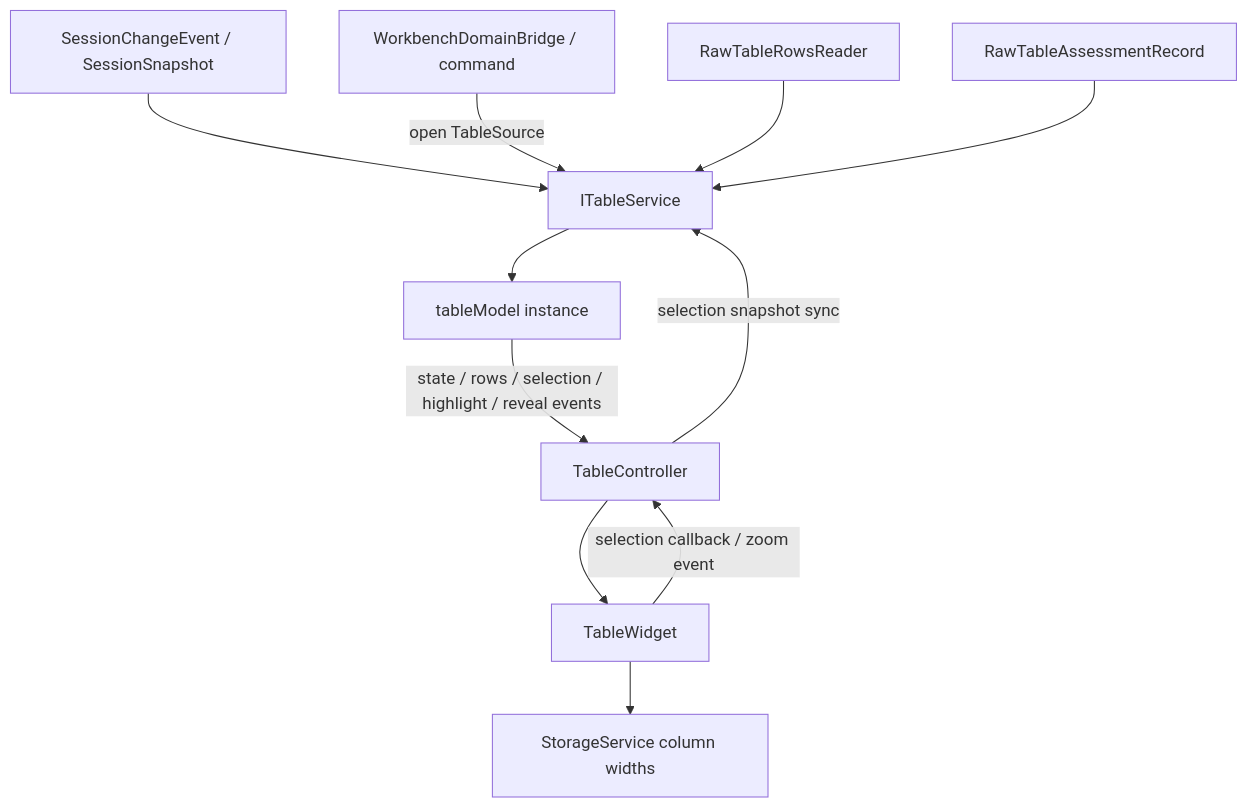
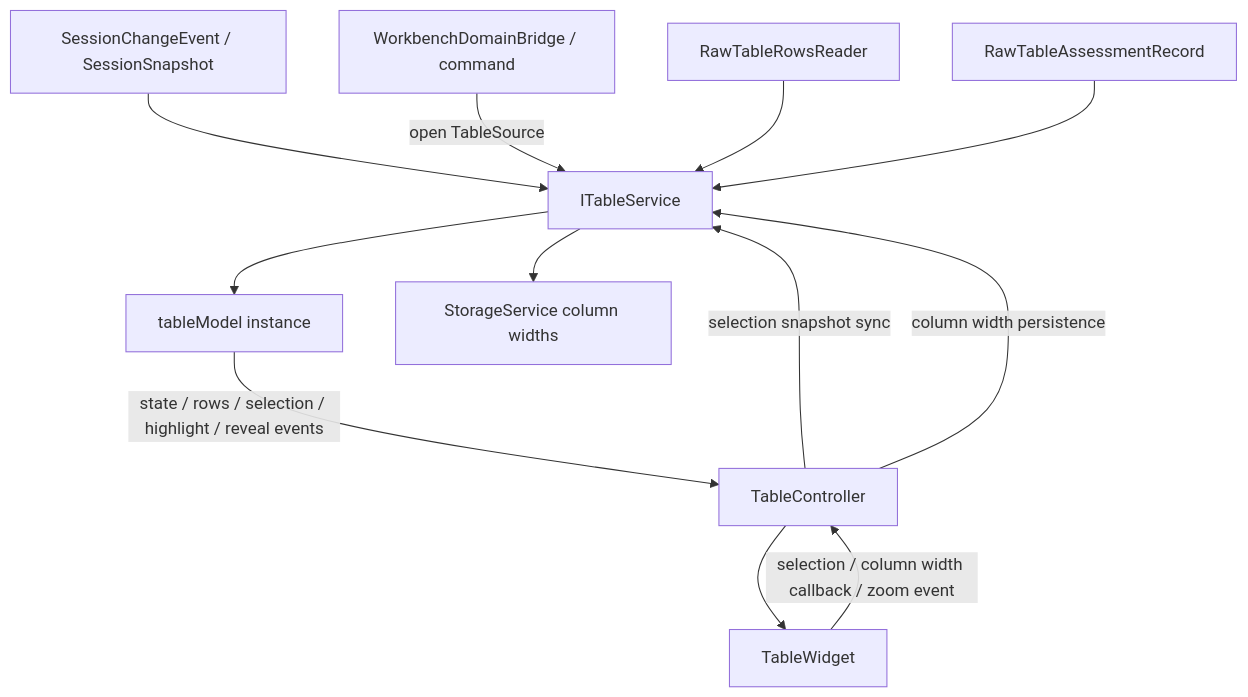
The diagram in .github/instructions/table.instructions.md (chogng/conductor), drawn with Mermaid before and after one commit. The commit also changed other lines of this file and 10 other files, not shown here.

First line of the commit message:
refactor: move table column layout persistence to table service

````diff
--- a/.github/instructions/table.instructions.md
+++ b/.github/instructions/table.instructions.md
@@ -57,13 +61,14 @@
 ```mermaid
 flowchart TD
     Session[SessionChangeEvent / SessionSnapshot] --> TableService[ITableService]
     Bridge[WorkbenchDomainBridge / command] -->|open TableSource| TableService
     Rows[RawTableRowsReader] --> TableService
     Assessment[RawTableAssessmentRecord] --> TableService
     TableService --> TableModel[tableModel instance]
     TableModel -->|state / rows / selection / highlight / reveal events| TableController[TableController]
     TableController --> TableWidget[TableWidget]
-    TableWidget -->|selection callback / zoom event| TableController
-    TableWidget --> Storage[StorageService column widths]
+    TableWidget -->|selection / column width callback / zoom event| TableController
     TableController -->|selection snapshot sync| TableService
+    TableController -->|column width persistence| TableService
+    TableService --> Storage[StorageService column widths]
 ```
````
